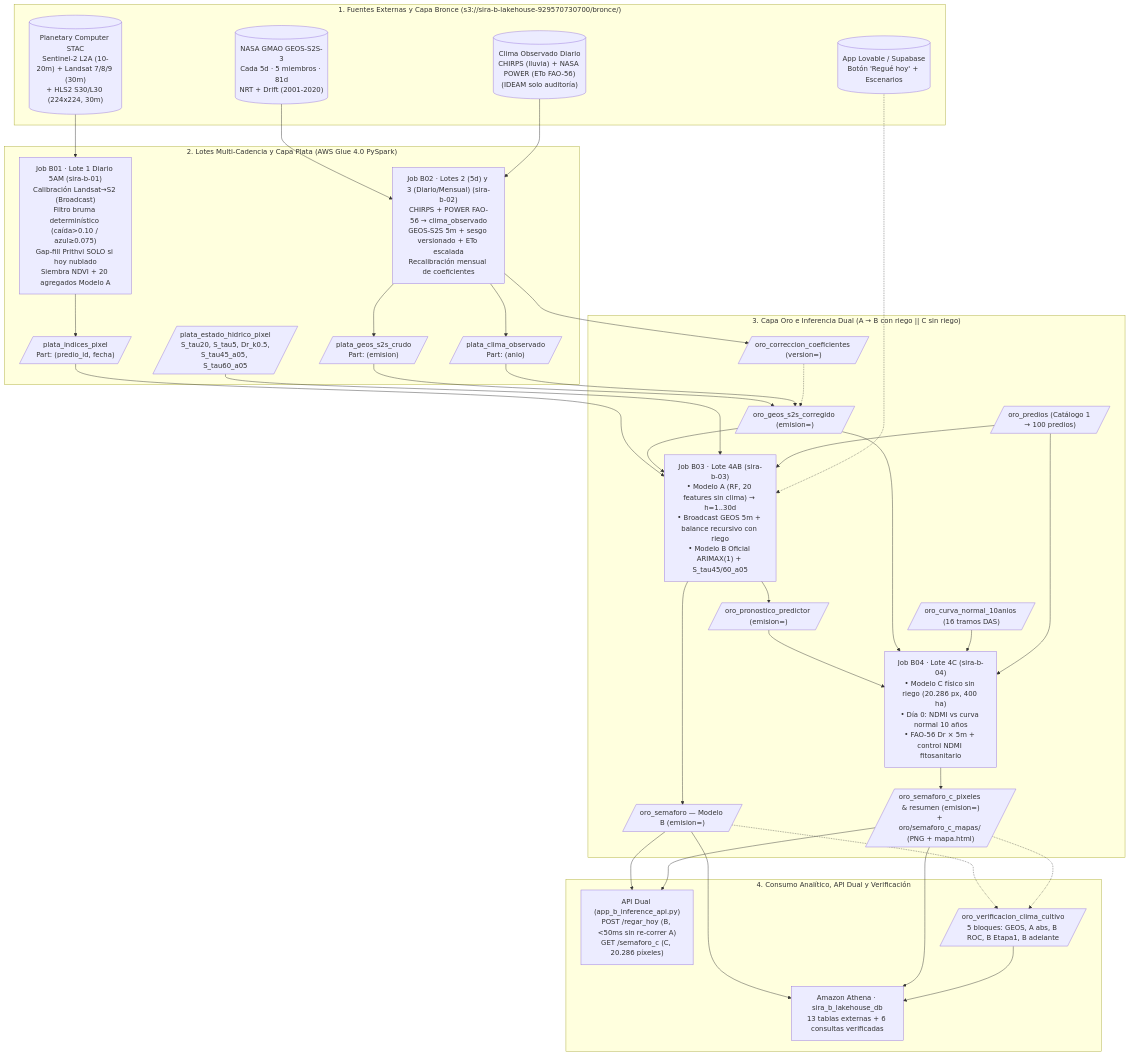
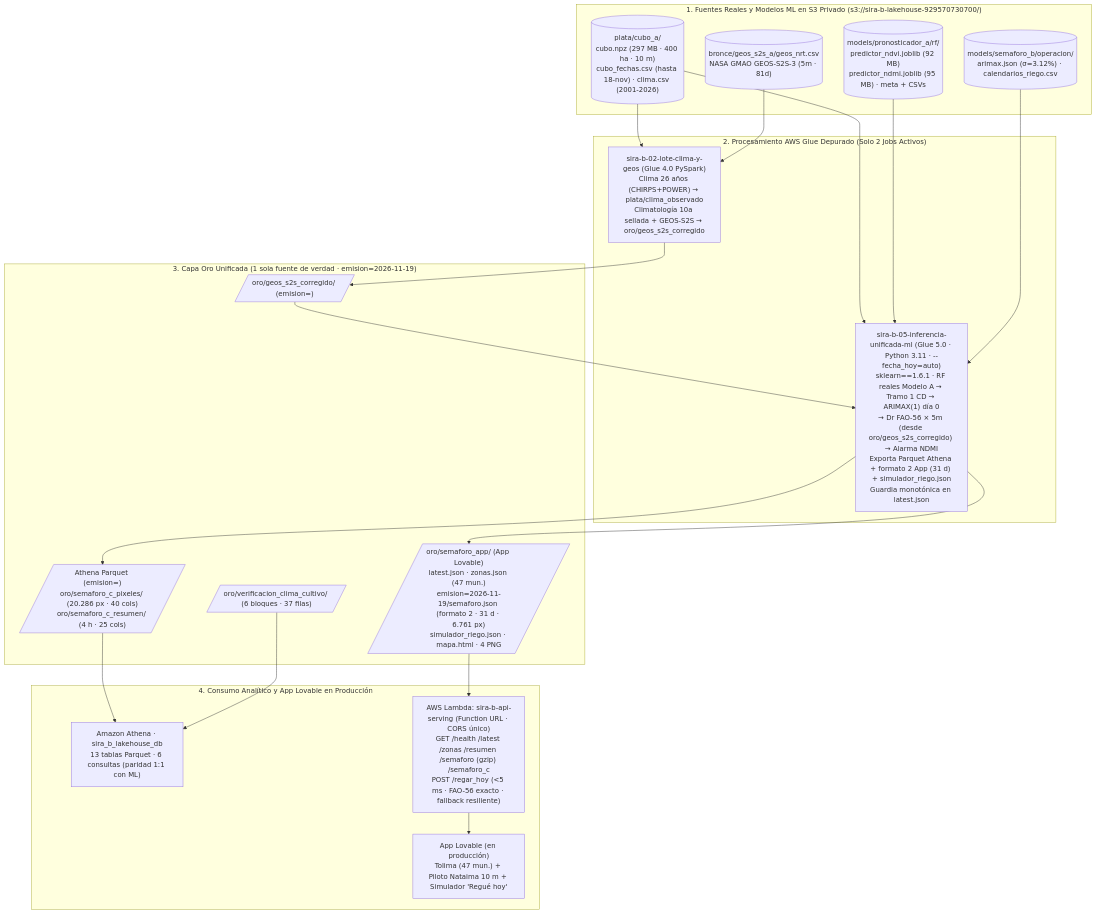
Before and after one commit to GomSal/SIRA: the diagram in docs/big_data/02_B_BigData_Arch.md, drawn with Mermaid. The commit also changed other lines of this file and 7 other files, not shown here.

Commit message:
docs(main): Actualizar arquitectura integrada (ML 876be25 + Big Data limpio 2 Glue Jobs + Lambda Lovable, emision 2026-11-19)

````diff
--- a/docs/big_data/02_B_BigData_Arch.md
+++ b/docs/big_data/02_B_BigData_Arch.md
@@ -34,64 +33,38 @@
 ```mermaid
 flowchart TB
-  subgraph SRC["1. Fuentes Externas y Capa Bronce (s3://sira-b-lakehouse-929570730700/bronce/)"]
-    SAT[("Planetary Computer STAC<br/>Sentinel-2 L2A (10-20m) + Landsat 7/8/9 (30m)<br/>+ HLS2 S30/L30 (224x224, 30m)")]
-    GEOS[("NASA GMAO GEOS-S2S-3<br/>Cada 5d · 5 miembros · 81d<br/>NRT + Drift (2001-2020)")]
-    OBS[("Clima Observado Diario<br/>CHIRPS (lluvia) + NASA POWER (ETo FAO-56)<br/>(IDEAM solo auditoría)")]
-    RIEGO[("App Lovable / Supabase<br/>Botón 'Regué hoy' + Escenarios")]
+  subgraph SRC["1. Fuentes Reales y Modelos ML en S3 Privado (s3://sira-b-lakehouse-929570730700/)"]
+    CUBO[("plata/cubo_a/<br/>cubo.npz (297 MB · 400 ha · 10 m)<br/>cubo_fechas.csv (hasta 18-nov) · clima.csv (2001-2026)")]
+    GEOS_B[("bronce/geos_s2s_a/geos_nrt.csv<br/>NASA GMAO GEOS-S2S-3 (5m · 81d)")]
+    MODA[("models/pronosticador_a/rf/<br/>predictor_ndvi.joblib (92 MB)<br/>predictor_ndmi.joblib (95 MB) · meta + CSVs")]
+    MODB[("models/semaforo_b/operacion/<br/>arimax.json (σ=3.12%) · calendarios_riego.csv")]
   end
 
-  subgraph PLATA["2. Lotes Multi-Cadencia y Capa Plata (AWS Glue 4.0 PySpark)"]
-    J1["Job B01 · Lote 1 Diario 5AM (sira-b-01)<br/>Calibración Landsat→S2 (Broadcast)<br/>Filtro bruma determinístico (caída>0.10 / azul≥0.075)<br/>Gap-fill Prithvi SOLO si hoy nublado<br/>Siembra NDVI + 20 agregados Modelo A"]
-    J2["Job B02 · Lotes 2 (5d) y 3 (Diario/Mensual) (sira-b-02)<br/>CHIRPS + POWER FAO-56 → clima_observado<br/>GEOS-S2S 5m + sesgo versionado + ETo escalada<br/>Recalibración mensual de coeficientes"]
-
-    T_IDX[/"plata_indices_pixel<br/>Part: (predio_id, fecha)"/]
-    T_CLI[/"plata_clima_observado<br/>Part: (anio)"/]
-    T_GCR[/"plata_geos_s2s_crudo<br/>Part: (emision)"/]
-    T_EST[/"plata_estado_hidrico_pixel<br/>S_tau20, S_tau5, Dr_k0.5,<br/>S_tau45_a05, S_tau60_a05"/]
+  subgraph GLUE["2. Procesamiento AWS Glue Depurado (Solo 2 Jobs Activos)"]
+    J2["sira-b-02-lote-clima-y-geos (Glue 4.0 PySpark)<br/>Clima 26 años (CHIRPS+POWER) → plata/clima_observado<br/>Climatología 10a sellada + GEOS-S2S → oro/geos_s2s_corregido"]
+    J5["sira-b-05-inferencia-unificada-ml (Glue 5.0 · Python 3.11 · --fecha_hoy=auto)<br/>sklearn==1.6.1 · RF reales Modelo A → Tramo 1 CD → ARIMAX(1) día 0<br/>→ Dr FAO-56 × 5m (desde oro/geos_s2s_corregido) → Alarma NDMI<br/>Exporta Parquet Athena + formato 2 App (31 d) + simulador_riego.json<br/>Guardia monotónica en latest.json"]
   end
 
-  subgraph ORO["3. Capa Oro e Inferencia Dual (A → B con riego || C sin riego)"]
-    T_COEF[/"oro_correccion_coeficientes (version=)"/]
-    T_GCOR[/"oro_geos_s2s_corregido (emision=)"/]
-    T_CURV[/"oro_curva_normal_10anios (16 tramos DAS)"/]
-    T_PRED[/"oro_predios (Catálogo 1 → 100 predios)"/]
-
-    J3["Job B03 · Lote 4AB (sira-b-03)<br/>• Modelo A (RF, 20 features sin clima) → h=1..30d<br/>• Broadcast GEOS 5m + balance recursivo con riego<br/>• Modelo B Oficial ARIMAX(1) + S_tau45/60_a05"]
-    T_PA[/"oro_pronostico_predictor (emision=)"/]
-    T_SEMB[/"oro_semaforo — Modelo B (emision=)"/]
-
-    J4["Job B04 · Lote 4C (sira-b-04)<br/>• Modelo C físico sin riego (20.286 px, 400 ha)<br/>• Día 0: NDMI vs curva normal 10 años<br/>• FAO-56 Dr × 5m + control NDMI fitosanitario"]
-    T_SEMC[/"oro_semaforo_c_pixeles & resumen (emision=)<br/>+ oro/semaforo_c_mapas/ (PNG + mapa.html)"/]
+  subgraph GOLD["3. Capa Oro Unificada (1 sola fuente de verdad · emision=2026-11-19)"]
+    G_GEOS[/"oro/geos_s2s_corregido/ (emision=)"/]
+    G_PARQ[/"Athena Parquet (emision=)<br/>oro/semaforo_c_pixeles/ (20.286 px · 40 cols)<br/>oro/semaforo_c_resumen/ (4 h · 25 cols)"/]
+    G_APP[/"oro/semaforo_app/ (App Lovable)<br/>latest.json · zonas.json (47 mun.)<br/>emision=2026-11-19/semaforo.json (formato 2 · 31 d · 6.761 px)<br/>simulador_riego.json · mapa.html · 4 PNG"/]
+    G_VER[/"oro/verificacion_clima_cultivo/ (6 bloques · 37 filas)"/]
   end
 
-  subgraph CONSUMO["4. Consumo Analítico, API Dual y Verificación"]
-    ATH["Amazon Athena · sira_b_lakehouse_db<br/>13 tablas externas + 6 consultas verificadas"]
-    API["API Dual (app_b_inference_api.py)<br/>POST /regar_hoy (B, <50ms sin re-correr A)<br/>GET /semaforo_c (C, 20.286 píxeles)"]
-    VER[/"oro_verificacion_clima_cultivo<br/>5 bloques: GEOS, A abs, B ROC, B Etapa1, B adelante"/]
+  subgraph SERVE["4. Consumo Analítico y App Lovable en Producción"]
+    ATH["Amazon Athena · sira_b_lakehouse_db<br/>13 tablas Parquet · 6 consultas (paridad 1:1 con ML)"]
+    LAM["AWS Lambda: sira-b-api-serving (Function URL · CORS único)<br/>GET /health /latest /zonas /resumen /semaforo (gzip) /semaforo_c<br/>POST /regar_hoy (<5 ms · FAO-56 exacto · fallback resiliente)"]
+    LOV["App Lovable (en producción)<br/>Tolima (47 mun.) + Piloto Nataima 10 m + Simulador 'Regué hoy'"]
   end
 
-  SAT --> J1 --> T_IDX --> J3 --> T_PA
-  GEOS --> J2 --> T_GCR --> T_GCOR
-  OBS --> J2 --> T_CLI --> T_GCOR
-  J2 --> T_COEF -.-> T_GCOR
+  CUBO --> J2 --> G_GEOS
+  GEOS_B --> J2
+  CUBO --> J5
+  MODA --> J5
+  MODB --> J5
+  G_GEOS --> J5
 
-  T_GCOR --> J3
-  T_EST --> J3
-  T_PRED --> J3
-  RIEGO -.-> J3
-  J3 --> T_SEMB
-
-  T_PA --> J4
-  T_GCOR --> J4
-  T_CURV --> J4
-  T_PRED --> J4
-  J4 --> T_SEMC
-
-  T_SEMB --> ATH
-  T_SEMC --> ATH
-  T_SEMB --> API
-  T_SEMC --> API
-  T_SEMB -.-> VER
-  T_SEMC -.-> VER
-  VER --> ATH
+  J5 --> G_PARQ --> ATH
+  J5 --> G_APP --> LAM --> LOV
+  G_VER --> ATH
 ```
````
